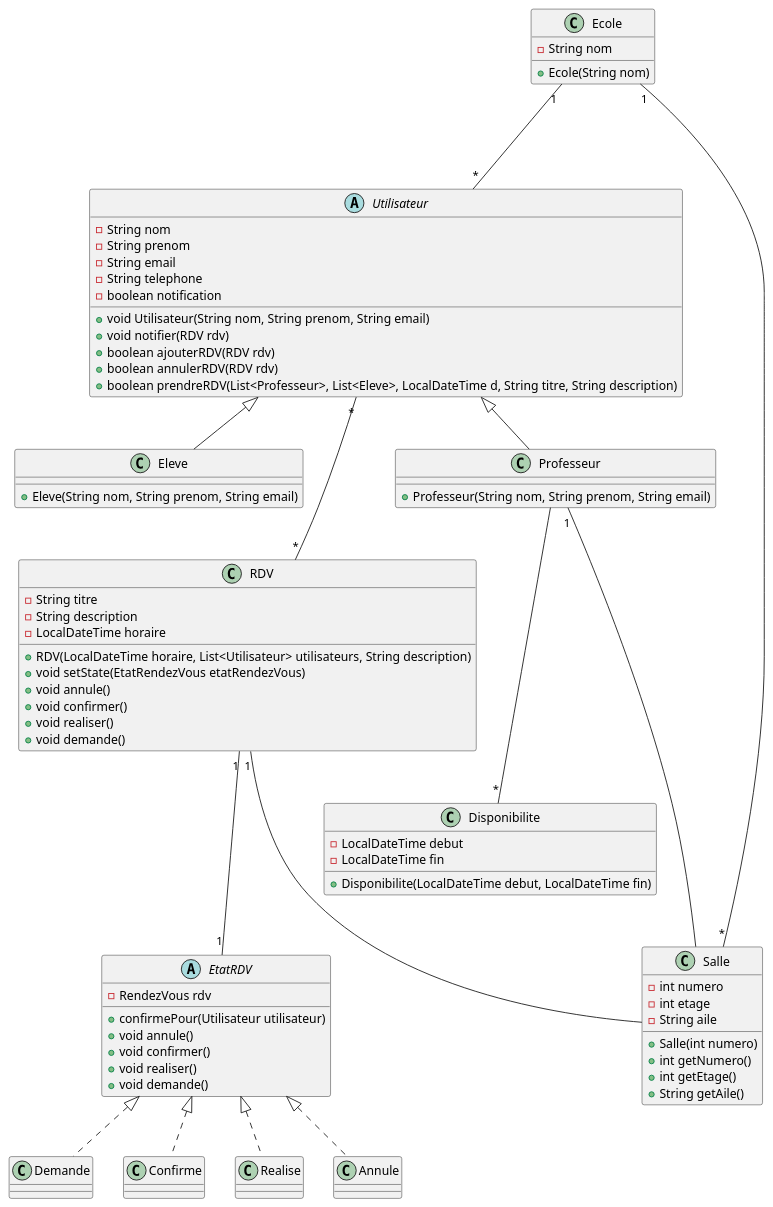
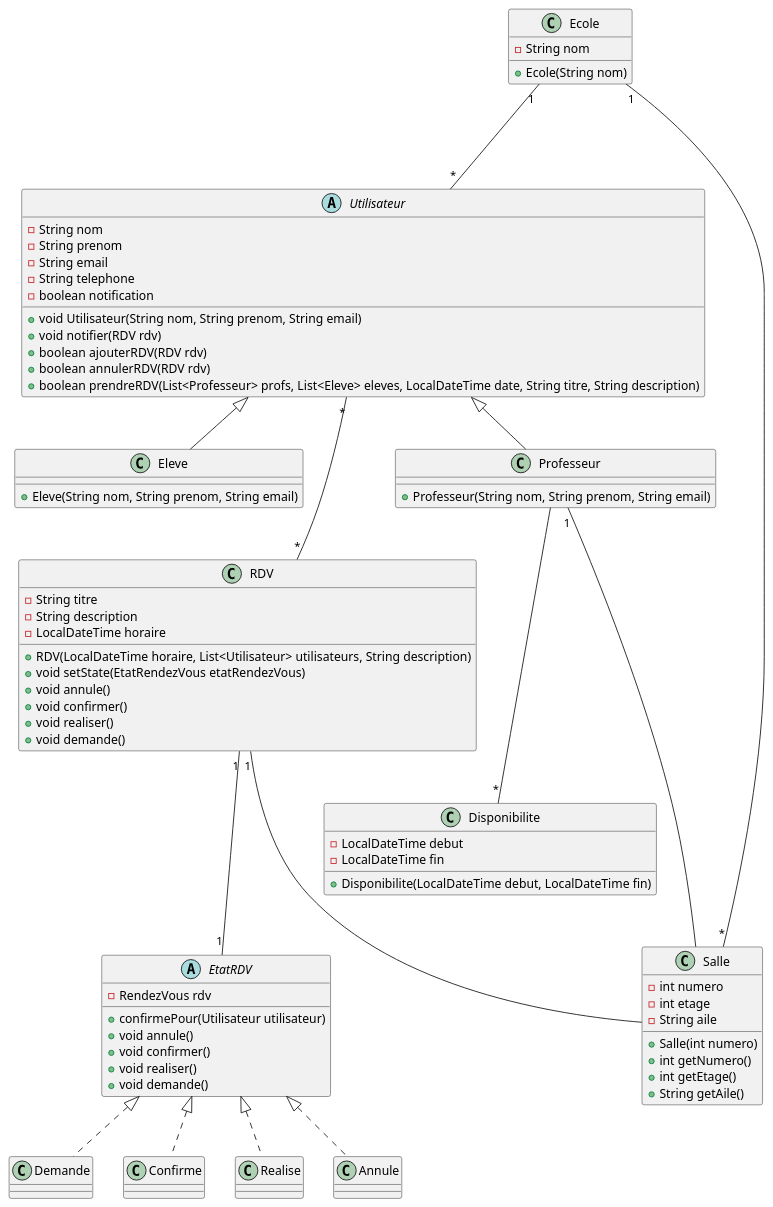
One commit to Jcz125/meeting-manager-app changed the diagram in Conception/DiagrameClasse.puml. Above: the diagram before and after it, drawn with PlantUML. The commit also changed 1 other file, not shown here.

```diff
--- a/Conception/DiagrameClasse.puml
+++ b/Conception/DiagrameClasse.puml
@@ -1,102 +1,102 @@
 @startuml Diagramme de classe
 
 abstract class Utilisateur {
     - String nom
     - String prenom
     - String email
     - String telephone
     - boolean notification
     
     + void Utilisateur(String nom, String prenom, String email)
     + void notifier(RDV rdv)
     + boolean ajouterRDV(RDV rdv)
     + boolean annulerRDV(RDV rdv)
-    + boolean prendreRDV(List<Professeur>, List<Eleve>, LocalDateTime d, String titre, String description)
+    + boolean prendreRDV(List<Professeur> profs, List<Eleve> eleves, LocalDateTime date, String titre, String description)
 }
 
 class Professeur {
     + Professeur(String nom, String prenom, String email)
 }
 
 class Eleve {
     + Eleve(String nom, String prenom, String email)
 }
 
 class Disponibilite {
     - LocalDateTime debut
     - LocalDateTime fin
 
     + Disponibilite(LocalDateTime debut, LocalDateTime fin)
 }
 
 class RDV {
     - String titre
     - String description
     - LocalDateTime horaire
     
     + RDV(LocalDateTime horaire, List<Utilisateur> utilisateurs, String description)
     + void setState(EtatRendezVous etatRendezVous)
     + void annule()
     + void confirmer()
     + void realiser()
     + void demande()
 }
 
 abstract class EtatRDV {
     - RendezVous rdv
     + confirmePour(Utilisateur utilisateur)
     + void annule()
     + void confirmer()
     + void realiser()
     + void demande()
 }
 
 class Demande {
 }
 
 class Confirme {
 }
 
 class Realise {
 }
 
 class Annule {
 }
 
 
 class Ecole {
     - String nom
     + Ecole(String nom)
 }
 
 class Salle {
     - int numero
     - int etage
     - String aile
 
     + Salle(int numero)
     + int getNumero()
     + int getEtage()
     + String getAile()
 }
 
 
 Utilisateur "*" --- "*" RDV
 Ecole "1" --- "*" Utilisateur
 Ecole "1" --- "*" Salle
 
 
 EtatRDV <|.. Confirme
 EtatRDV <|.. Annule
 EtatRDV <|.. Realise
 EtatRDV <|.. Demande
 
 RDV "1" --- "1" EtatRDV
 RDV "1" --- Salle
 Professeur "1" --- Salle
 
 Utilisateur  <|--  Professeur
 Utilisateur  <|--  Eleve
 Professeur --- "*" Disponibilite
 
 @enduml
```
